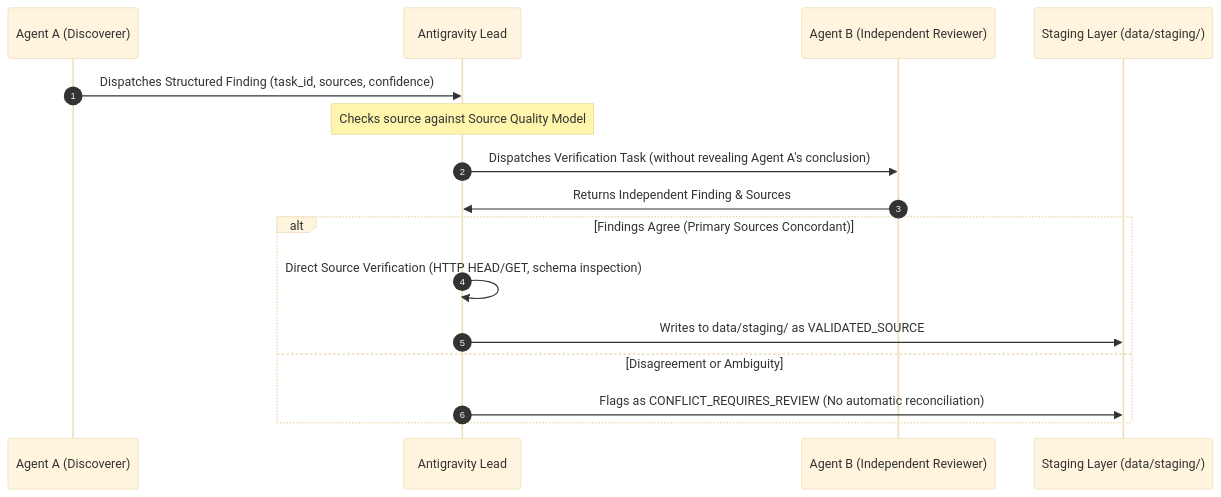
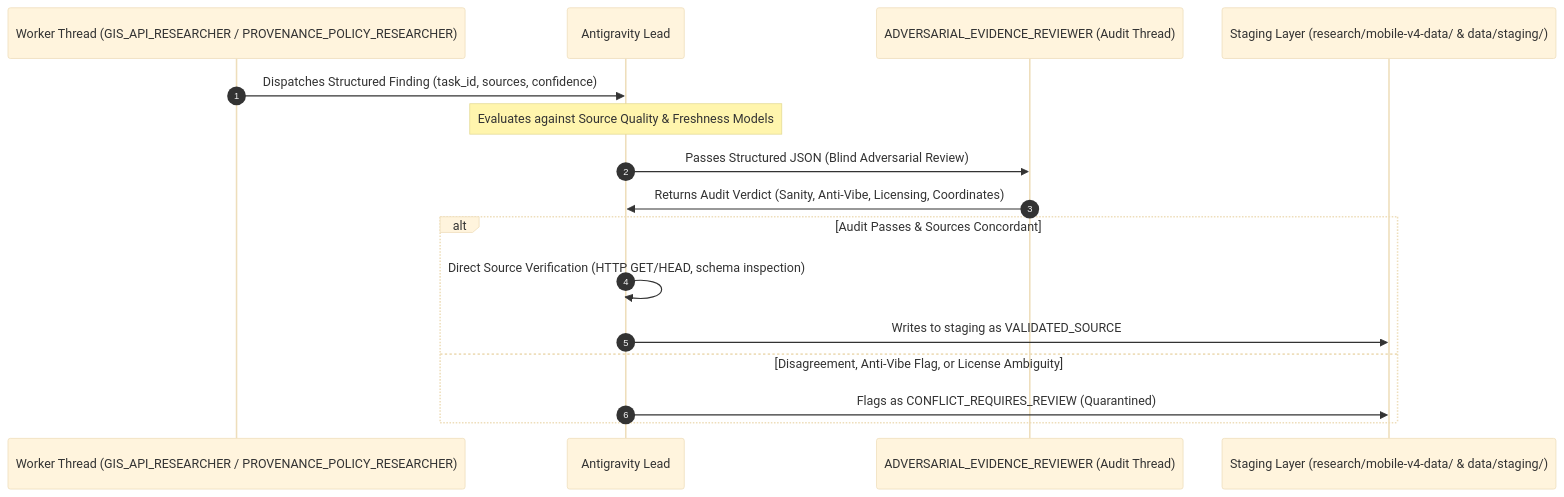
Before and after one commit to Algoryxz/O-Travelz: the diagram in docs/research/CROSS_VALIDATION_POLICY.md, drawn with Mermaid (base theme). The commit also changed other lines of this file and 10 other files, not shown here.

````diff
--- a/docs/research/CROSS_VALIDATION_POLICY.md
+++ b/docs/research/CROSS_VALIDATION_POLICY.md
@@ -13,19 +13,19 @@
 ```mermaid
 sequenceDiagram
     autonumber
-    participant A as Agent A (Discoverer)
+    participant Worker as Worker Thread (GIS_API_RESEARCHER / PROVENANCE_POLICY_RESEARCHER)
     participant Lead as Antigravity Lead
-    participant B as Agent B (Independent Reviewer)
-    participant Staging as Staging Layer (data/staging/)
+    participant Reviewer as ADVERSARIAL_EVIDENCE_REVIEWER (Audit Thread)
+    participant Staging as Staging Layer (research/mobile-v4-data/ & data/staging/)
 
-    A->>Lead: Dispatches Structured Finding (task_id, sources, confidence)
-    Note over Lead: Checks source against Source Quality Model
-    Lead->>B: Dispatches Verification Task (without revealing Agent A's conclusion)
-    B->>Lead: Returns Independent Finding & Sources
-    alt Findings Agree (Primary Sources Concordant)
-        Lead->>Lead: Direct Source Verification (HTTP HEAD/GET, schema inspection)
-        Lead->>Staging: Writes to data/staging/ as VALIDATED_SOURCE
-    else Disagreement or Ambiguity
-        Lead->>Staging: Flags as CONFLICT_REQUIRES_REVIEW (No automatic reconciliation)
+    Worker->>Lead: Dispatches Structured Finding (task_id, sources, confidence)
+    Note over Lead: Evaluates against Source Quality & Freshness Models
+    Lead->>Reviewer: Passes Structured JSON (Blind Adversarial Review)
+    Reviewer->>Lead: Returns Audit Verdict (Sanity, Anti-Vibe, Licensing, Coordinates)
+    alt Audit Passes & Sources Concordant
+        Lead->>Lead: Direct Source Verification (HTTP GET/HEAD, schema inspection)
+        Lead->>Staging: Writes to staging as VALIDATED_SOURCE
+    else Disagreement, Anti-Vibe Flag, or License Ambiguity
+        Lead->>Staging: Flags as CONFLICT_REQUIRES_REVIEW (Quarantined)
     end
 ```
````
